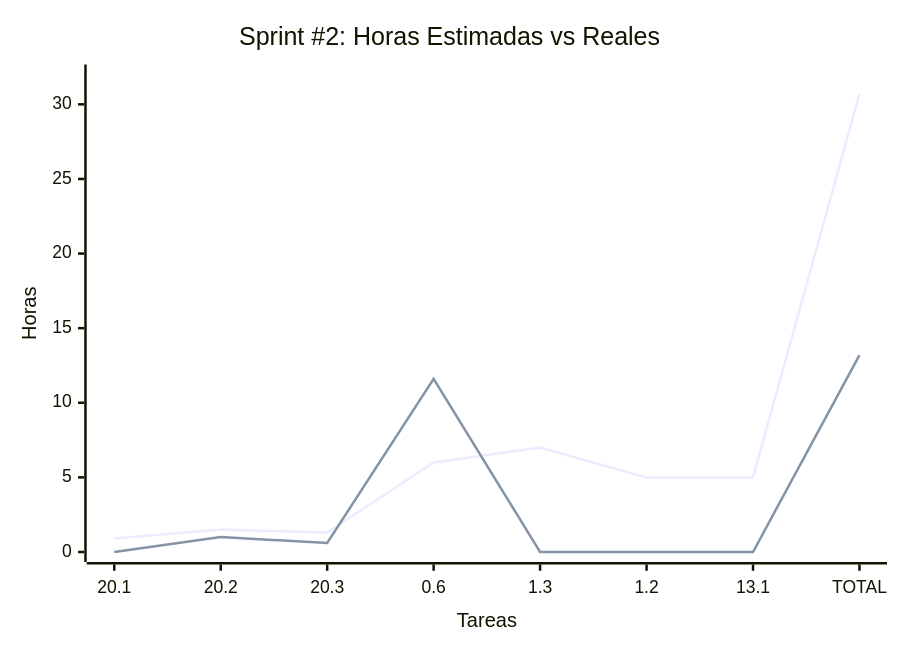
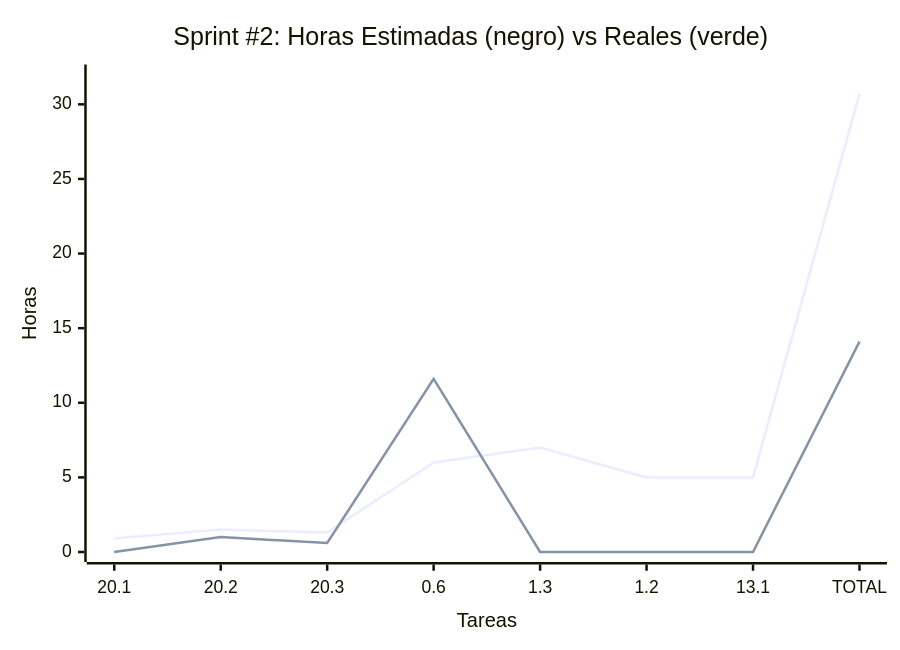
One commit to MarkMed/FleetMan changed the second of 2 diagrams in docs/SprintsPlanning.md. Above: the diagram before and after it, drawn with Mermaid. The commit also changed other lines of this file, not shown here.

Commit message:
Update Sprint #2 planning: adjust actual hours for User Journey mapping and total hours

````diff
--- a/docs/SprintsPlanning.md
+++ b/docs/SprintsPlanning.md
@@ -90,12 +90,12 @@
 ```mermaid
 xychart-beta
-    title "Sprint #2: Horas Estimadas vs Reales"
+    title "Sprint #2: Horas Estimadas #40;negro#41; vs Reales #40;verde#41;"
     x-axis "Tareas" ["20.1", "20.2", "20.3", "0.6", "1.3", "1.2", "13.1", "TOTAL"]
     y-axis "Horas" 0 --> 32
 	
 	%% Black line
     line [0.9, 1.5, 1.3, 6, 7, 5, 5, 30.7]
 
 	%% Green line
-    line [0, 1, 0.6, 11.6, 0, 0, 0, 13.2]
+    line [0, 1, 0.6, 11.6, 0, 0, 0, 14.1]
 ```
````
